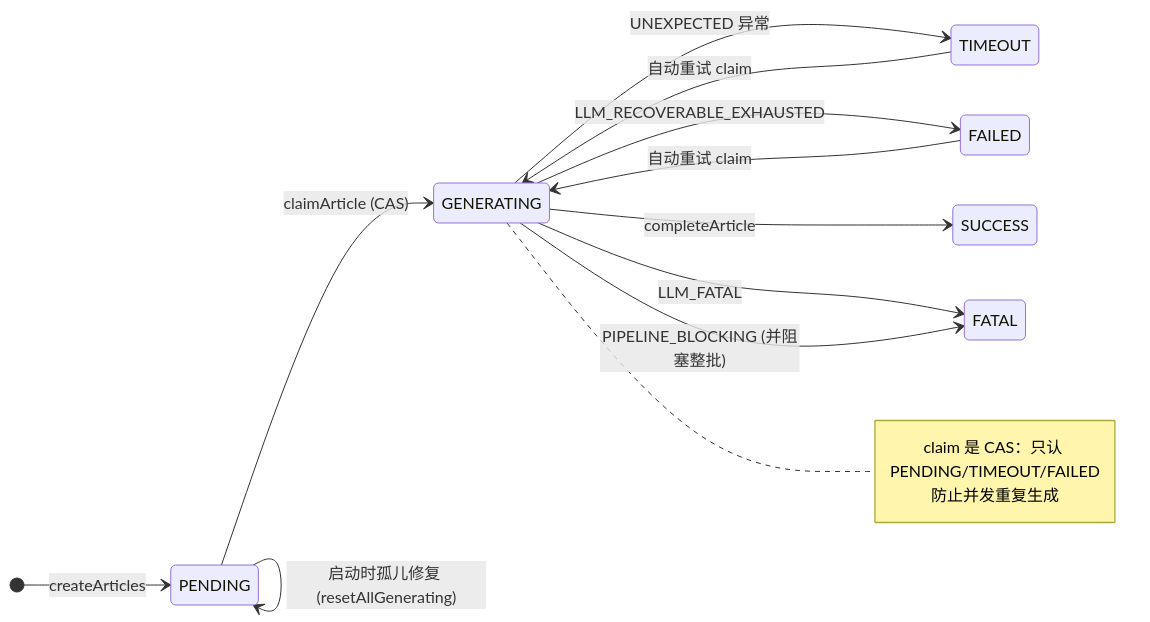
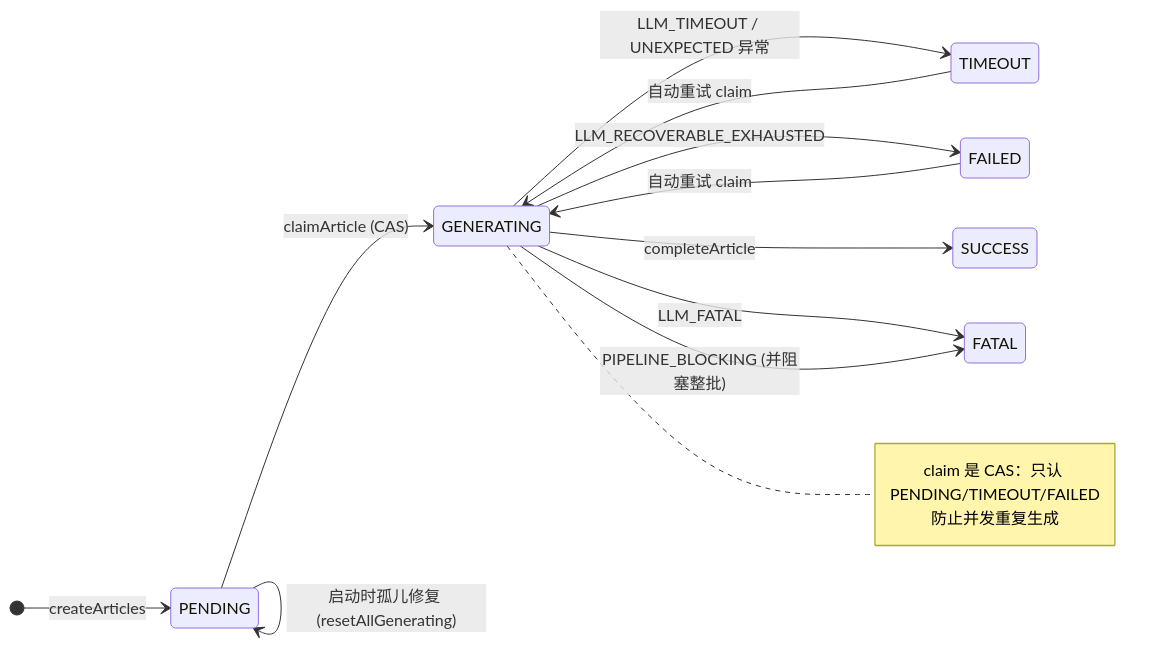
One commit to kindywu/contexta changed the second of 5 diagrams in impl/app/android/app/docs/文章生成.md. Above: the diagram before and after it, drawn with Mermaid. The commit also changed other lines of this file and 8 other files, not shown here.

````diff
--- a/impl/app/android/app/docs/文章生成.md
+++ b/impl/app/android/app/docs/文章生成.md
@@ -77,15 +77,15 @@
 ```mermaid
 stateDiagram-v2
     direction LR
     [*] --> PENDING: createArticles
     PENDING --> GENERATING: claimArticle (CAS)
     TIMEOUT --> GENERATING: 自动重试 claim
     FAILED --> GENERATING: 自动重试 claim
     GENERATING --> SUCCESS: completeArticle
-    GENERATING --> TIMEOUT: UNEXPECTED 异常
+    GENERATING --> TIMEOUT: LLM_TIMEOUT / UNEXPECTED 异常
     GENERATING --> FAILED: LLM_RECOVERABLE_EXHAUSTED
     GENERATING --> FATAL: LLM_FATAL
     GENERATING --> FATAL: PIPELINE_BLOCKING (并阻塞整批)
     PENDING --> PENDING: 启动时孤儿修复 (resetAllGenerating)
     note right of GENERATING: claim 是 CAS：只认 PENDING/TIMEOUT/FAILED<br/>防止并发重复生成
 ```
````
